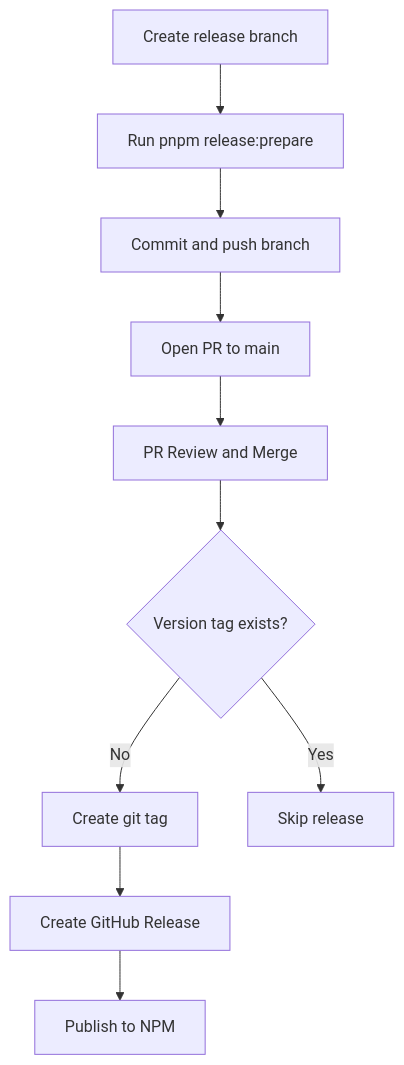
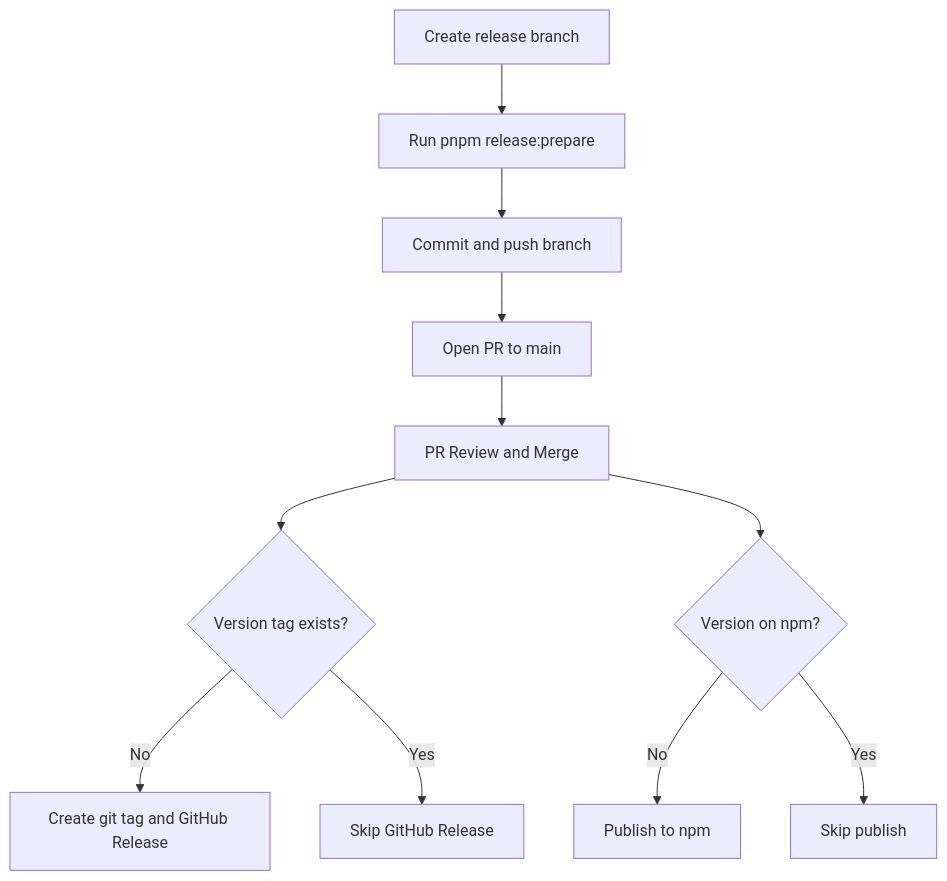
One commit to stackbuilders/nuxt-utm changed the diagram in docs/RELEASING.md. Above: the diagram before and after it, drawn with Mermaid. The commit also changed other lines of this file and 2 other files, not shown here.

Commit message:
ci: publish to npm through trusted publishing

````diff
--- a/docs/RELEASING.md
+++ b/docs/RELEASING.md
@@ -9,12 +9,13 @@
 ```mermaid
 flowchart TD
     A[Create release branch] --> B[Run pnpm release:prepare]
     B --> C[Commit and push branch]
     C --> D[Open PR to main]
     D --> E[PR Review and Merge]
     E --> F{Version tag exists?}
-    F -->|No| G[Create git tag]
-    G --> H[Create GitHub Release]
-    H --> I[Publish to NPM]
-    F -->|Yes| J[Skip release]
+    F -->|No| G[Create git tag and GitHub Release]
+    F -->|Yes| H[Skip GitHub Release]
+    E --> I{Version on npm?}
+    I -->|No| J[Publish to npm]
+    I -->|Yes| K[Skip publish]
 ```
````
